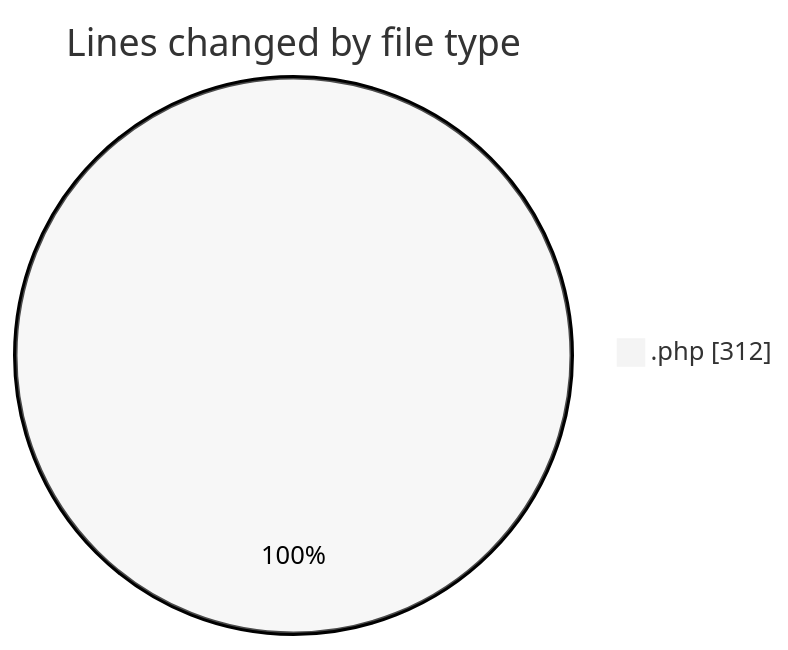
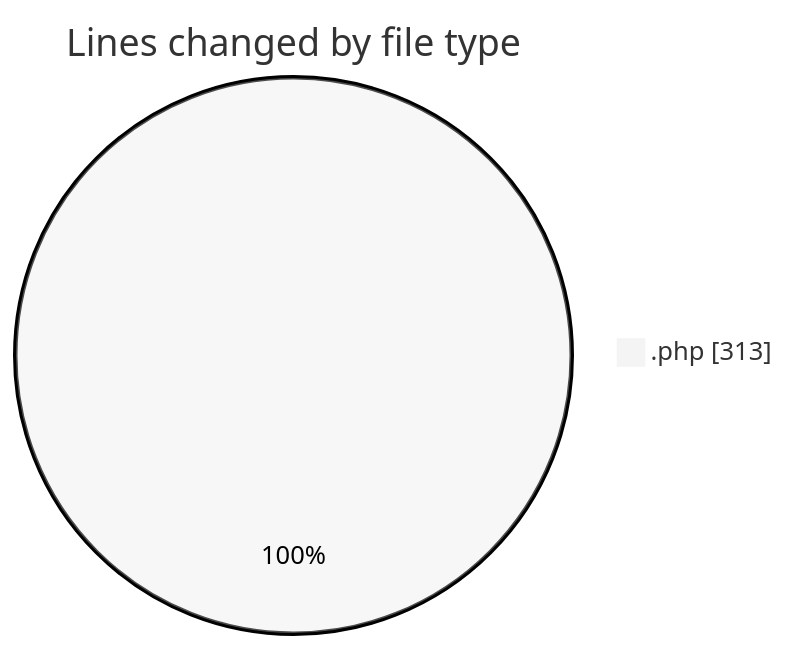
The first of 2 diagrams in 2026-08-31/web/README.md (LanceThiago/code-tracking), drawn with Mermaid (neutral theme) before and after one commit. The commit also changed other lines of this file and 1 other file, not shown here.

````diff
--- a/2026-08-31/web/README.md
+++ b/2026-08-31/web/README.md
@@ -24,5 +24,5 @@
 ```mermaid
 pie showData
 title Lines changed by file type
-".php" : 312
+".php" : 313
 ```
````
